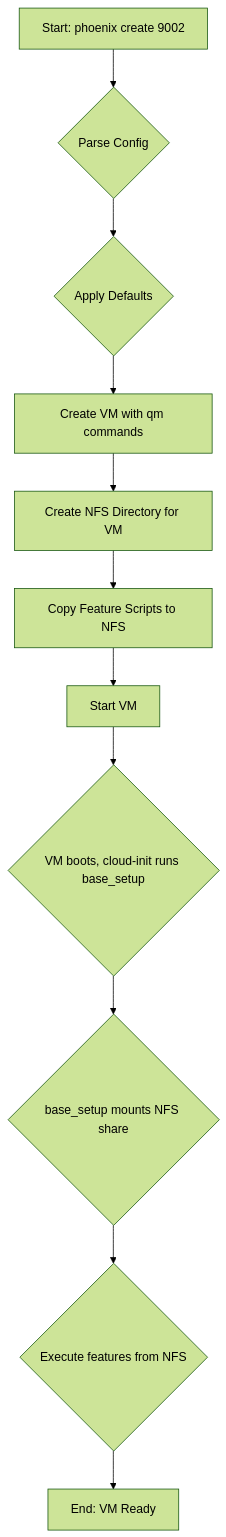
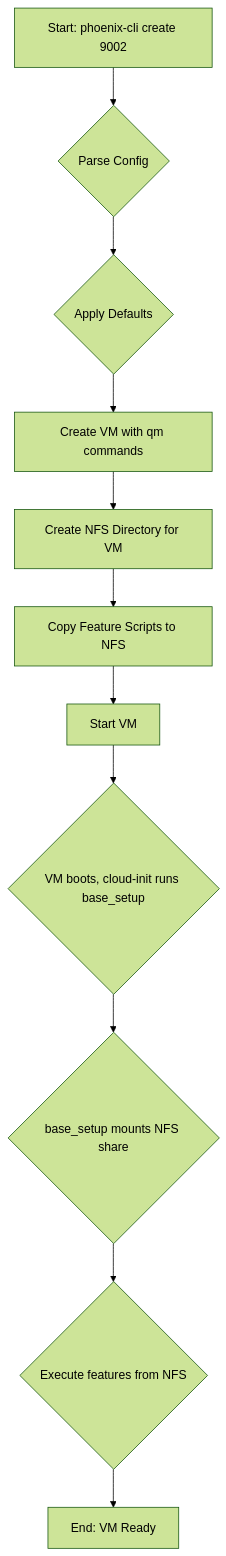
Before and after one commit to SirHeads/Testing-ideas: the diagram in Thinkheads.AI_docs/01_product_and_project_strategy/01_project_business_cases/12_thinkheads_ai_vm_creation_design.md, drawn with Mermaid (forest theme). The commit also changed other lines of this file and 13 other files, not shown here.

Commit message:
phoenix-cli and docs

````diff
--- a/Thinkheads.AI_docs/01_product_and_project_strategy/01_project_business_cases/12_thinkheads_ai_vm_creation_design.md
+++ b/Thinkheads.AI_docs/01_product_and_project_strategy/01_project_business_cases/12_thinkheads_ai_vm_creation_design.md
@@ -94,13 +94,13 @@
 ```mermaid
 graph TD
-    A[Start: phoenix create 9002] --> B{Parse Config};
+    A[Start: phoenix-cli create 9002] --> B{Parse Config};
     B --> C{Apply Defaults};
     C --> D[Create VM with qm commands];
     D --> E[Create NFS Directory for VM];
     E --> F[Copy Feature Scripts to NFS];
     F --> G[Start VM];
     G --> H{VM boots, cloud-init runs base_setup};
     H --> I{base_setup mounts NFS share};
     I --> J{Execute features from NFS};
     J --> K[End: VM Ready];
 ```
````
